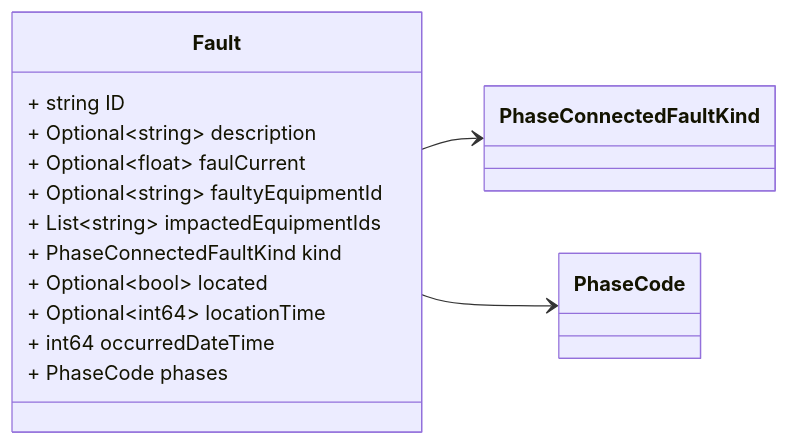
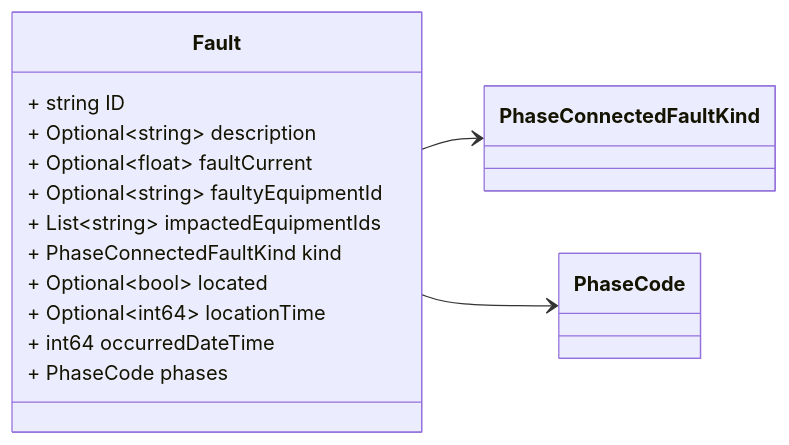
The third of 5 diagrams in docs/fault.proto.md (zaphiro-technologies/protobuf), drawn with Mermaid before and after one commit. The commit also changed other lines of this file and 3 other files, not shown here.

First line of the commit message:
fix typo in `Fault` field `faultCurrent` (#7)

````diff
--- a/docs/fault.proto.md
+++ b/docs/fault.proto.md
@@ -135,25 +135,25 @@
 ```mermaid
 classDiagram
 direction LR
 
 %% Abnormal condition causing current flow through conducting equipment, such as caused by equipment failure or short circuits from objects not typically modelled (for example, a tree falling on a line).
 %% 
 %% This message is modeled after [CIM Fault](https://zepben.github.io/evolve/docs/cim/cim100/TC57CIM/IEC61970/Base/Faults/Fault) according to the extensions defined in the [fault-data-storage](https://github.com/zaphiro-technologies/architecture/blob/main/features/31-fault-data-storage.md#data-structures) feature.
 %% 
 
 class Fault {
   + string ID
   + Optional~string~ description
-  + Optional~float~ faulCurrent
+  + Optional~float~ faultCurrent
   + Optional~string~ faultyEquipmentId
   + List~string~ impactedEquipmentIds
   + PhaseConnectedFaultKind kind
   + Optional~bool~ located
   + Optional~int64~ locationTime
   + int64 occurredDateTime
   + PhaseCode phases
 }
 Fault --> `PhaseConnectedFaultKind`
 Fault --> `PhaseCode`
 
 ```
````
